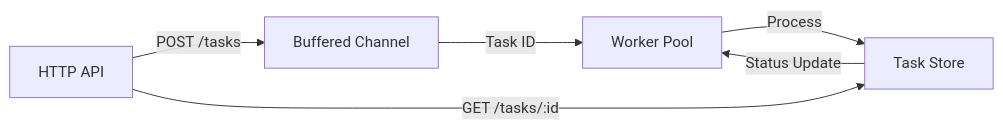
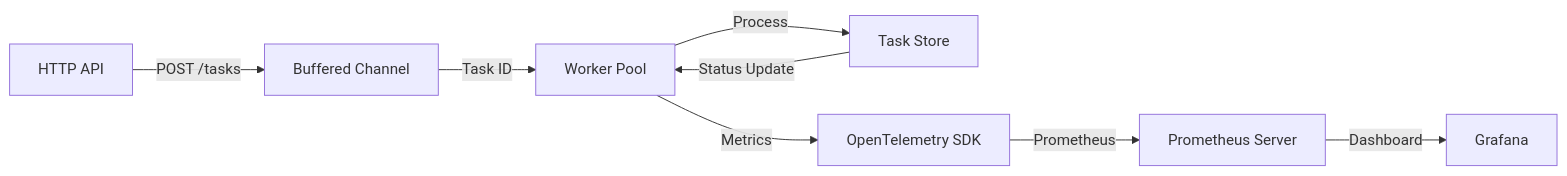
The diagram in README.md (crypticseeds/concurrent-job-queue), drawn with Mermaid before and after one commit. The commit also changed other lines of this file, not shown here.

Commit message:
Update README with metrics, OTEL, Grafana, and Docker Compose instructions

````diff
--- a/README.md
+++ b/README.md
@@ -10,8 +10,10 @@
 ```mermaid
 graph LR
     API[HTTP API] -->|POST /tasks| Q[Buffered Channel]
     Q -->|Task ID| WP[Worker Pool]
     WP -->|Process| S[Task Store]
     S -->|Status Update| WP
-    API -->|GET /tasks/:id| S
+    WP -->|Metrics| OTEL[OpenTelemetry SDK]
+    OTEL -->|Prometheus| PROM[Prometheus Server]
+    PROM -->|Dashboard| GRAF[Grafana]
 ```
````
